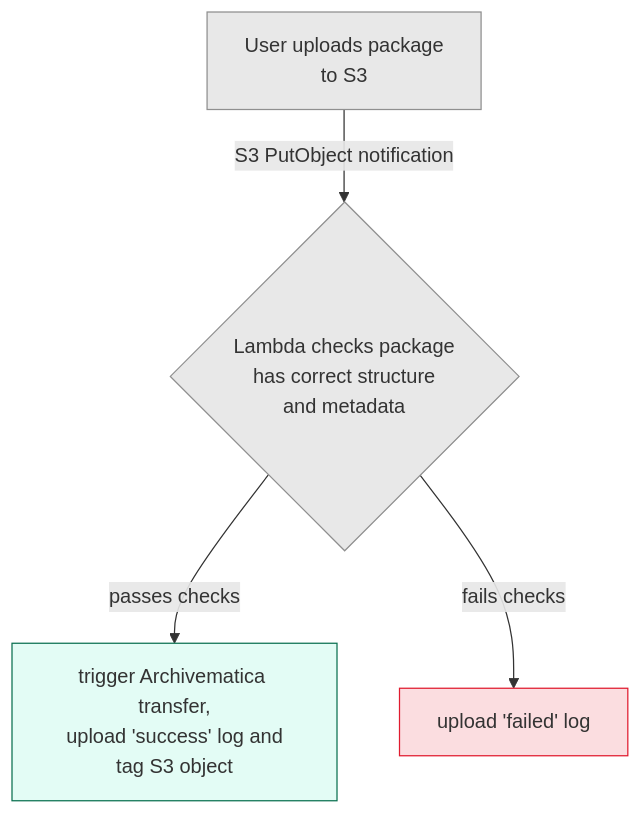
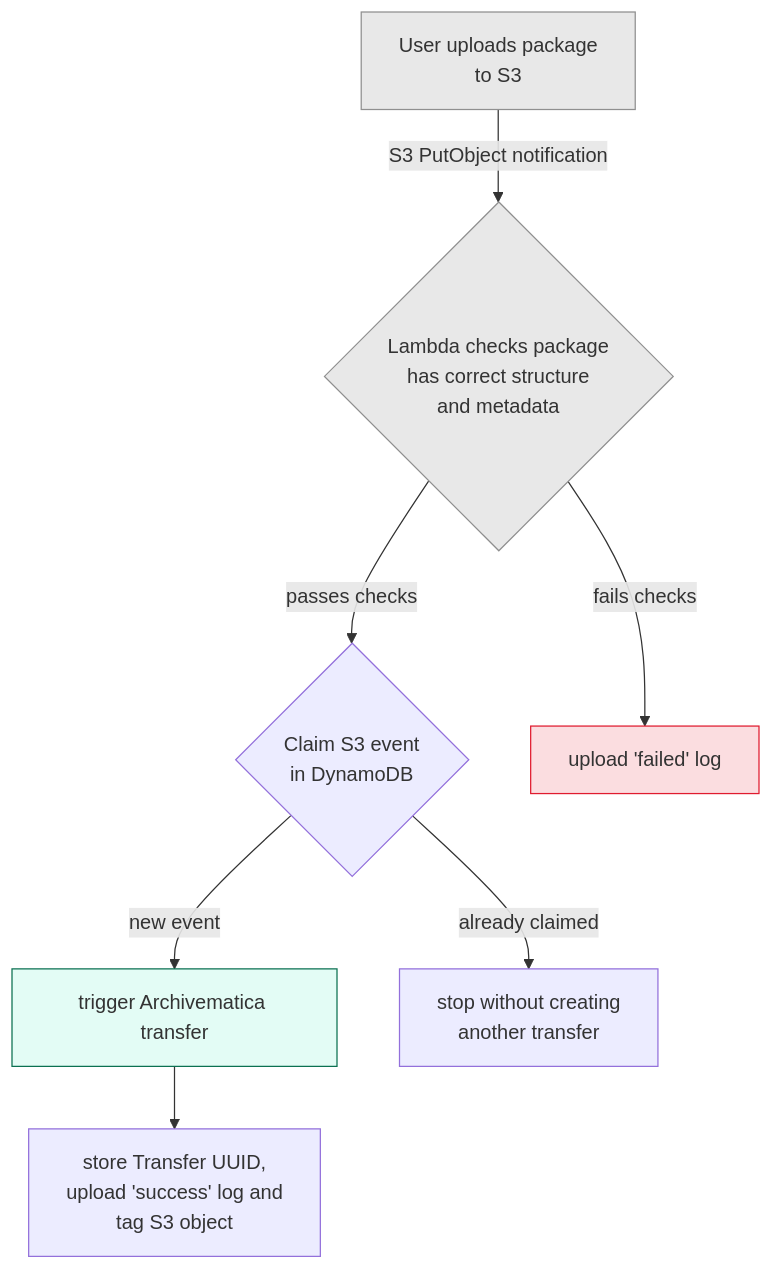
One commit to wellcomecollection/archivematica-infrastructure changed the diagram in lambdas/s3_start_transfer/README.md. Above: the diagram before and after it, drawn with Mermaid. The commit also changed other lines of this file and 8 other files, not shown here.

First line of the commit message:
Add transfer event idempotency

````diff
--- a/lambdas/s3_start_transfer/README.md
+++ b/lambdas/s3_start_transfer/README.md
@@ -14,15 +14,18 @@
 ```mermaid
 graph TD
     A[User uploads package<br/>to S3] -->|S3 PutObject notification| L{Lambda checks package<br/>has correct structure<br/>and metadata}
-    L -->|passes checks| S[trigger Archivematica transfer,<br/>upload 'success' log and<br/>tag S3 object]
+    L -->|passes checks| D{Claim S3 event<br/>in DynamoDB}
+    D -->|new event| S[trigger Archivematica transfer]
+    D -->|already claimed| X[stop without creating<br/>another transfer]
+    S --> C[store Transfer UUID,<br/>upload 'success' log and<br/>tag S3 object]
     L -->|fails checks| F[upload 'failed' log]
 
     classDef failedNode fill:#e01b2f,stroke:#e01b2f,fill-opacity:0.15
     class F failedNode
 
     classDef successNode fill:#b0f7e2,stroke:#0b7051,fill-opacity:0.35
     class S successNode
 
     classDef genericNode fill:#e8e8e8,stroke:#8f8f8f
     class A,L genericNode
 ```
````
